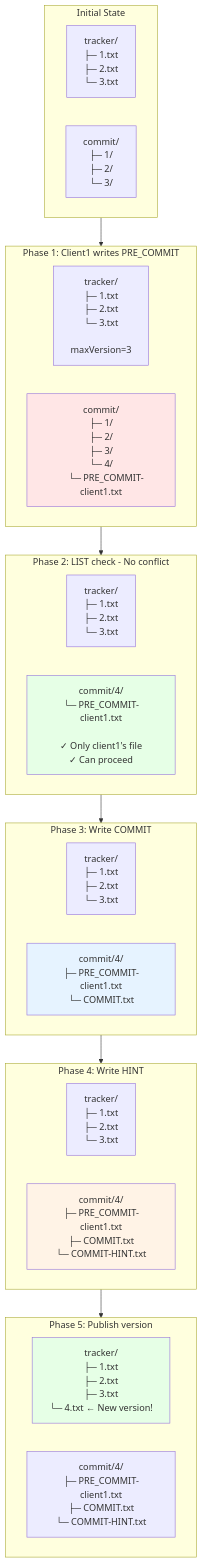
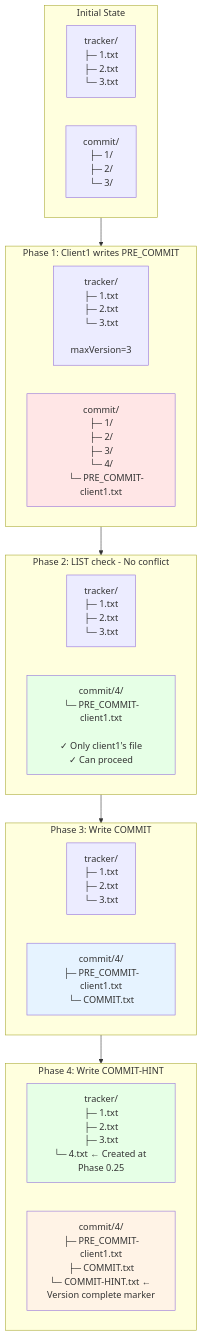
Before and after one commit to BsoBird/filesystem-catalog-original: the second of 3 diagrams in FileTrackerCommitStrategyV2-Explained.md, drawn with Mermaid. The commit also changed other lines of this file, not shown here.

````diff
--- a/FileTrackerCommitStrategyV2-Explained.md
+++ b/FileTrackerCommitStrategyV2-Explained.md
@@ -128,43 +124,37 @@
 ```mermaid
 graph TB
     subgraph State0["Initial State"]
         T0["tracker/<br/>├─ 1.txt<br/>├─ 2.txt<br/>└─ 3.txt"]
         C0["commit/<br/>├─ 1/<br/>├─ 2/<br/>└─ 3/"]
     end
     
     subgraph State1["Phase 1: Client1 writes PRE_COMMIT"]
         T1["tracker/<br/>├─ 1.txt<br/>├─ 2.txt<br/>└─ 3.txt<br/><br/>maxVersion=3"]
         C1["commit/<br/>├─ 1/<br/>├─ 2/<br/>├─ 3/<br/>└─ 4/<br/>    └─ PRE_COMMIT-client1.txt"]
         style C1 fill:#ffe6e6
     end
     
     subgraph State2["Phase 2: LIST check - No conflict"]
         T2["tracker/<br/>├─ 1.txt<br/>├─ 2.txt<br/>└─ 3.txt"]
         C2["commit/4/<br/>└─ PRE_COMMIT-client1.txt<br/><br/>✓ Only client1's file<br/>✓ Can proceed"]
         style C2 fill:#e6ffe6
     end
     
     subgraph State3["Phase 3: Write COMMIT"]
         T3["tracker/<br/>├─ 1.txt<br/>├─ 2.txt<br/>└─ 3.txt"]
         C3["commit/4/<br/>├─ PRE_COMMIT-client1.txt<br/>└─ COMMIT.txt"]
         style C3 fill:#e6f3ff
     end
     
-    subgraph State4["Phase 4: Write HINT"]
-        T4["tracker/<br/>├─ 1.txt<br/>├─ 2.txt<br/>└─ 3.txt"]
-        C4["commit/4/<br/>├─ PRE_COMMIT-client1.txt<br/>├─ COMMIT.txt<br/>└─ COMMIT-HINT.txt"]
+    subgraph State4["Phase 4: Write COMMIT-HINT"]
+        T4["tracker/<br/>├─ 1.txt<br/>├─ 2.txt<br/>├─ 3.txt<br/>└─ 4.txt ← Created at Phase 0.25"]
+        C4["commit/4/<br/>├─ PRE_COMMIT-client1.txt<br/>├─ COMMIT.txt<br/>└─ COMMIT-HINT.txt ← Version complete marker"]
         style C4 fill:#fff3e6
-    end
-    
-    subgraph State5["Phase 5: Publish version"]
-        T5["tracker/<br/>├─ 1.txt<br/>├─ 2.txt<br/>├─ 3.txt<br/>└─ 4.txt ← New version!"]
-        C5["commit/4/<br/>├─ PRE_COMMIT-client1.txt<br/>├─ COMMIT.txt<br/>└─ COMMIT-HINT.txt"]
-        style T5 fill:#e6ffe6
+        style T4 fill:#e6ffe6
     end
     
     State0 --> State1
     State1 --> State2
     State2 --> State3
     State3 --> State4
-    State4 --> State5
 ```
````
